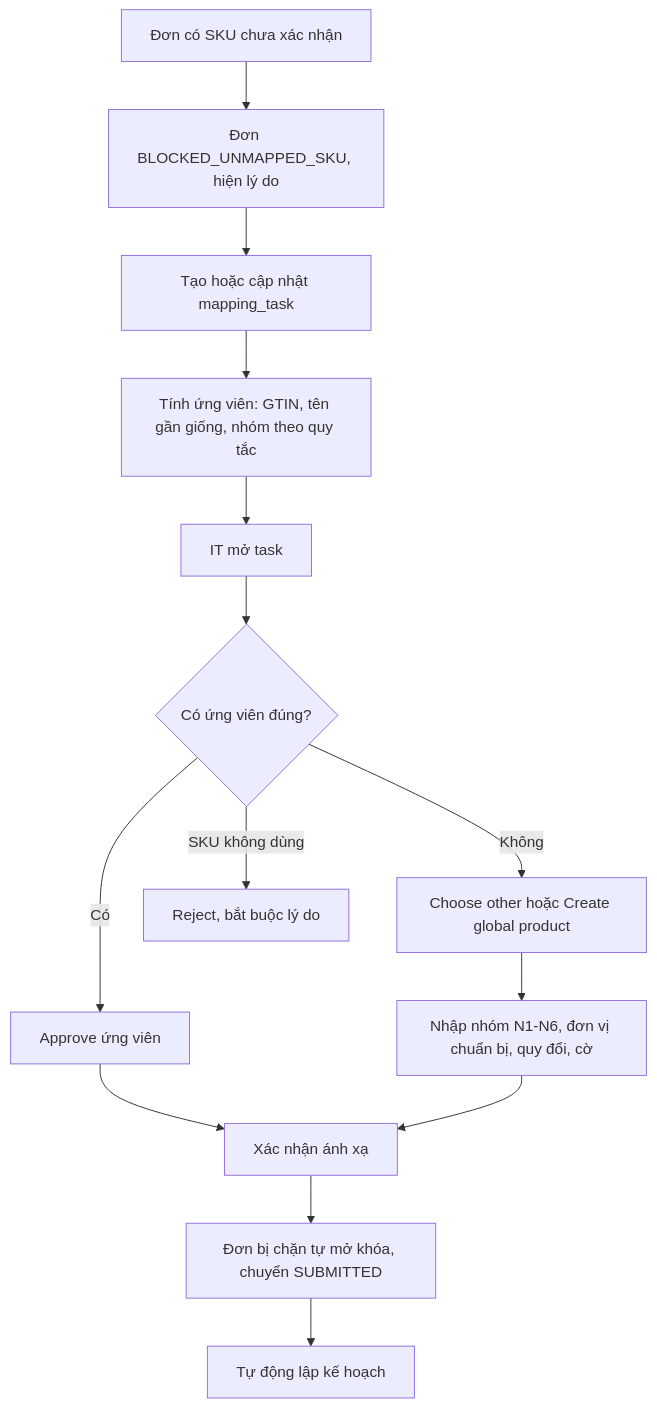
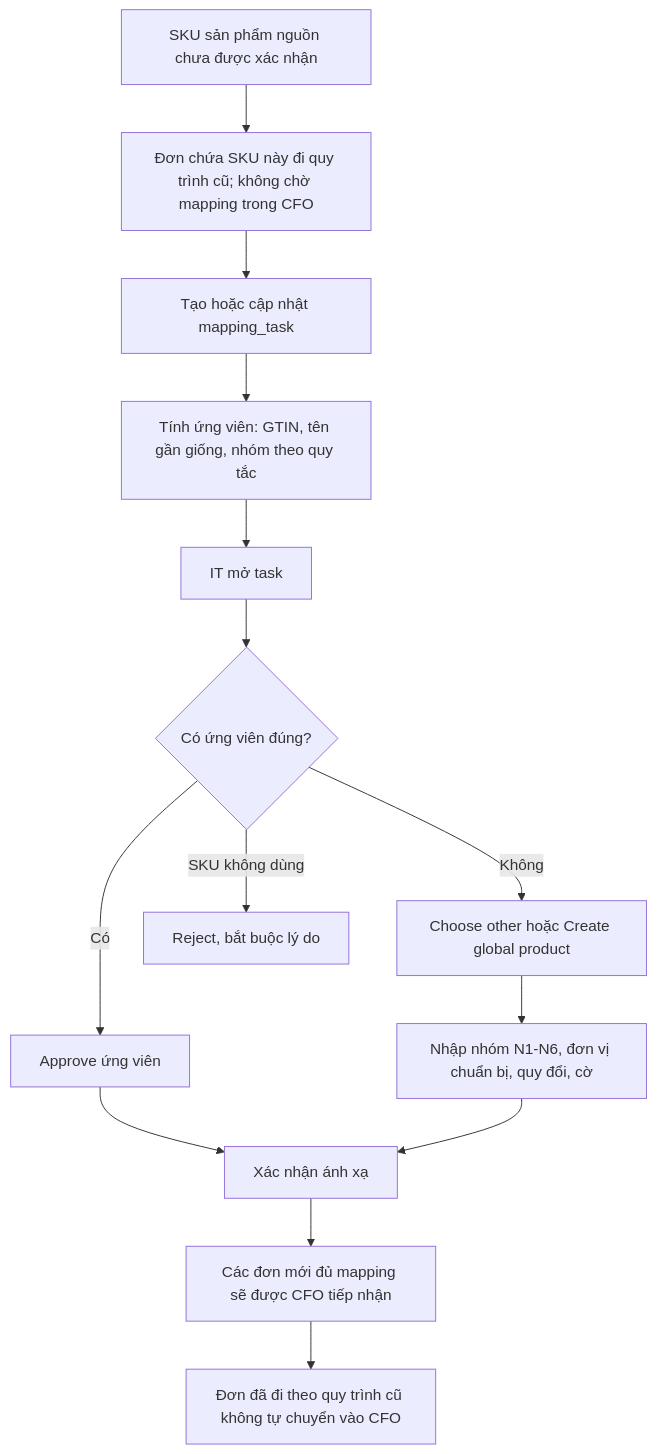
Before and after one commit to qaztyhn/cfo-itconsultant: the third of 14 diagrams in docs/07_User_Flows.md, drawn with Mermaid. The commit also changed other lines of this file, not shown here.

Commit message:
docs(flows): preserve legacy handling for orders with unmapped SKUs

````diff
--- a/docs/07_User_Flows.md
+++ b/docs/07_User_Flows.md
@@ -74,16 +76,16 @@
 ```mermaid
 flowchart TD
-  A["Đơn có SKU chưa xác nhận"] --> B["Đơn BLOCKED_UNMAPPED_SKU, hiện lý do"]
+  A["SKU sản phẩm nguồn chưa được xác nhận"] --> B["Đơn chứa SKU này đi quy trình cũ; không chờ mapping trong CFO"]
   B --> C["Tạo hoặc cập nhật mapping_task"]
   C --> D["Tính ứng viên: GTIN, tên gần giống, nhóm theo quy tắc"]
   D --> E["IT mở task"]
   E --> F{"Có ứng viên đúng?"}
   F -- "Có" --> G["Approve ứng viên"]
   F -- "Không" --> H["Choose other hoặc Create global product"]
   F -- "SKU không dùng" --> R["Reject, bắt buộc lý do"]
   H --> I["Nhập nhóm N1-N6, đơn vị chuẩn bị, quy đổi, cờ"]
   G --> J["Xác nhận ánh xạ"]
   I --> J
-  J --> K["Đơn bị chặn tự mở khóa, chuyển SUBMITTED"]
-  K --> L["Tự động lập kế hoạch"]
+  J --> K["Các đơn mới đủ mapping sẽ được CFO tiếp nhận"]
+  K --> L["Đơn đã đi theo quy trình cũ không tự chuyển vào CFO"]
 ```
````
